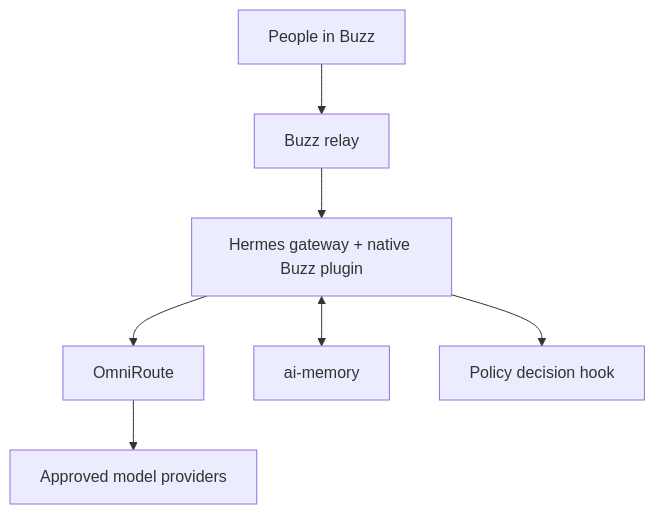
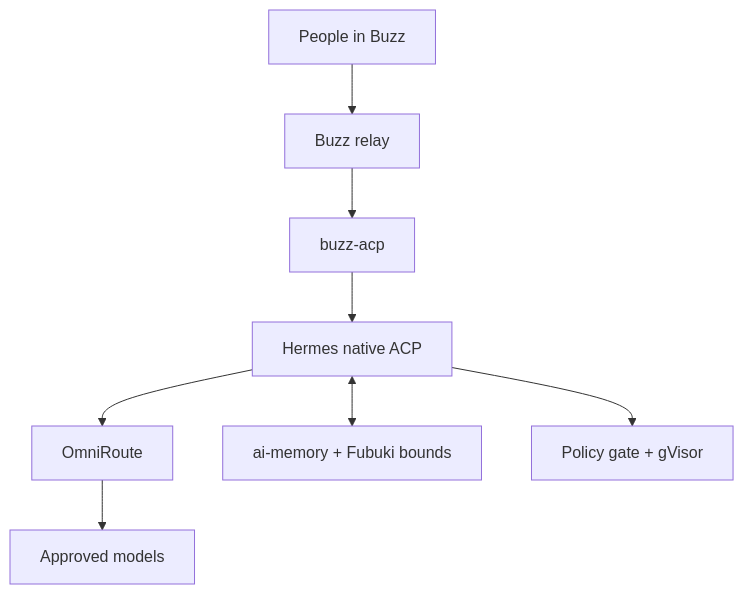
Before and after one commit to Pxls21/agent-factory: the first of 2 diagrams in README.md, drawn with Mermaid. The commit also changed other lines of this file and 52 other files, not shown here.

````diff
--- a/README.md
+++ b/README.md
@@ -11,9 +11,10 @@
 ```mermaid
 flowchart TD
     U["People in Buzz"] --> B["Buzz relay"]
-    B --> H["Hermes gateway + native Buzz plugin"]
+    B --> A["buzz-acp"]
+    A --> H["Hermes native ACP"]
     H --> O["OmniRoute"]
-    O --> M["Approved model providers"]
-    H <--> A["ai-memory"]
-    H --> G["Policy decision hook"]
+    O --> M["Approved models"]
+    H <--> R["ai-memory + Fubuki bounds"]
+    H --> G["Policy gate + gVisor"]
 ```
````
